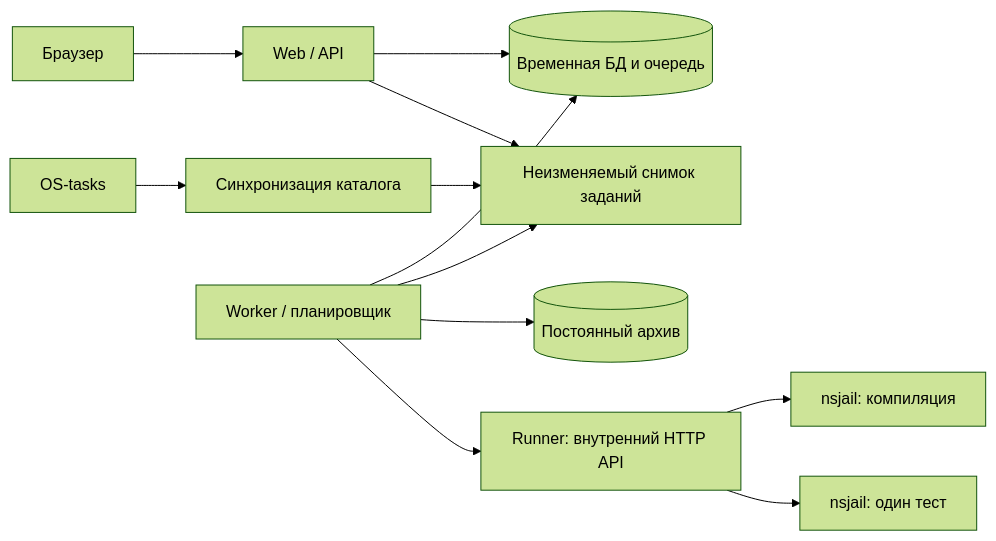
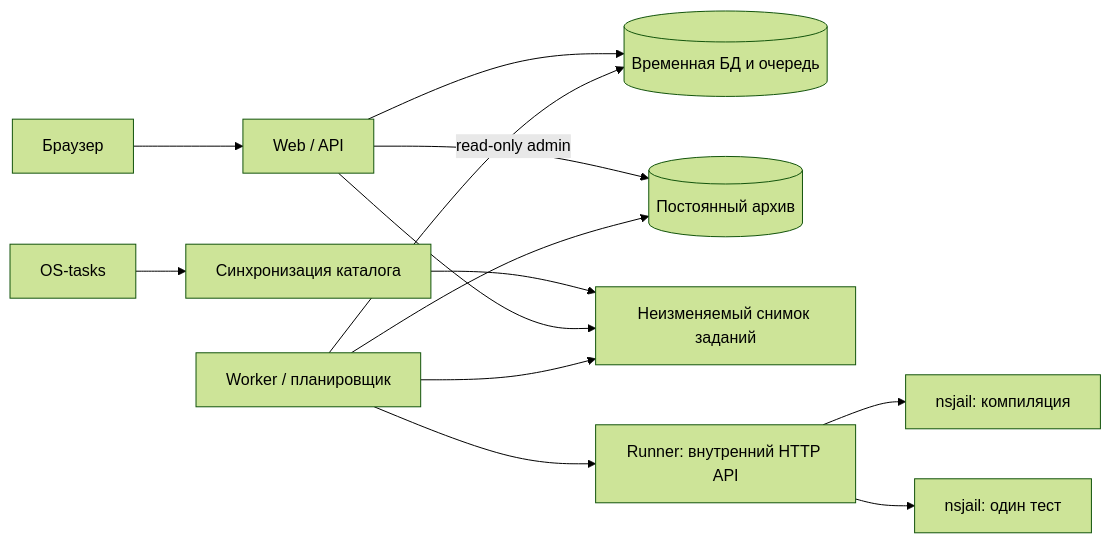
Before and after one commit to kr0sh512/OS-sol-checker: the diagram in docs/architecture.md, drawn with Mermaid (forest theme). The commit also changed other lines of this file and 25 other files, not shown here.

Commit message:
feat(web): add authenticated admin dashboard

````diff
--- a/docs/architecture.md
+++ b/docs/architecture.md
@@ -15,14 +15,15 @@
 ```mermaid
 flowchart LR
     Browser[Браузер] --> Web[Web / API]
     Web --> Transient[(Временная БД и очередь)]
+    Web -->|read-only admin| Archive[(Постоянный архив)]
     Git[OS-tasks] --> Sync[Синхронизация каталога]
     Sync --> Catalog[Неизменяемый снимок заданий]
     Web --> Catalog
     Worker[Worker / планировщик] --> Transient
     Worker --> Catalog
     Worker --> Archive[(Постоянный архив)]
     Worker --> Runner[Runner: внутренний HTTP API]
     Runner --> Compile[nsjail: компиляция]
     Runner --> Run[nsjail: один тест]
 ```
````
